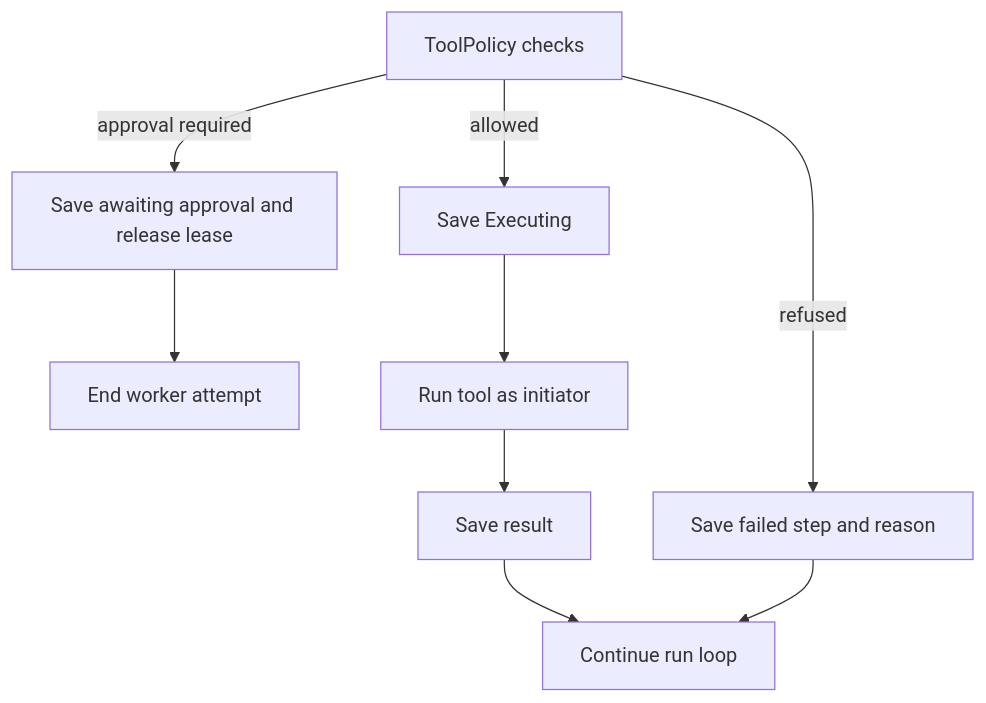
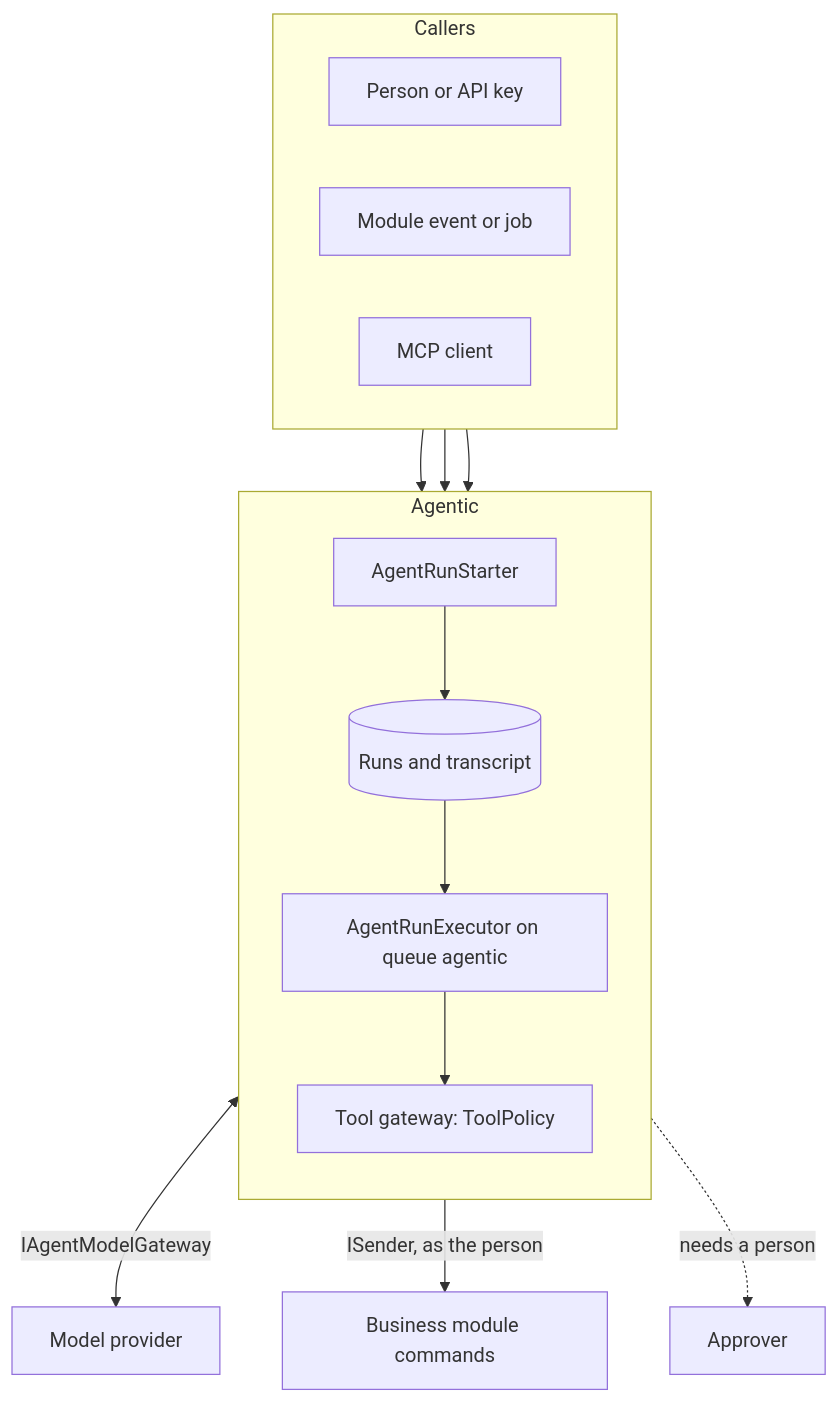
The first of 4 diagrams in wiki/Modules/Agentic.md (mhasabalah/StarterKit), drawn with Mermaid before and after one commit. The commit also changed other lines of this file and 31 other files, not shown here.

First line of the commit message:
docs(agentic): split the module page into a guide with a diagram for every part

````diff
--- a/wiki/Modules/Agentic.md
+++ b/wiki/Modules/Agentic.md
@@ -92,16 +23,28 @@
 ```mermaid
 flowchart TB
-  accTitle: Agent tool gateway
-  accDescr: ToolPolicy can refuse, suspend for approval, or execute; executing state is persisted before tool invocation.
-  D[ToolPolicy checks] -->|refused| F[Save failed step and reason]
-  D -->|approval required| P[Save awaiting approval and release lease]
-  P --> E[End worker attempt]
-  D -->|allowed| X[Save Executing]
-  X --> T[Run tool as initiator]
-  T --> R[Save result]
-  R --> L[Continue run loop]
-  F --> L
-  class D,T,L application
-  class F,P,X,R data
-  class E infrastructure
+  accTitle: Agentic in the system
+  accDescr: People, API keys, module events and MCP clients start runs; Agentic asks a model and executes the tools business modules registered.
+  subgraph Callers
+    direction LR
+    P[Person or API key]
+    E[Module event or job]
+    X[MCP client]
+  end
+  subgraph Agentic
+    direction TB
+    S[AgentRunStarter] --> R[(Runs and transcript)]
+    R --> W[AgentRunExecutor on queue agentic]
+    W --> G[Tool gateway: ToolPolicy]
+  end
+  P --> S
+  E --> S
+  X --> S
+  W <-->|IAgentModelGateway| M[Model provider]
+  G -->|ISender, as the person| B[Business module commands]
+  G -.->|needs a person| A[Approver]
+  class P,E,X,A external
+  class S,W,G application
+  class R data
+  class M external
+  class B application
 ```
````
